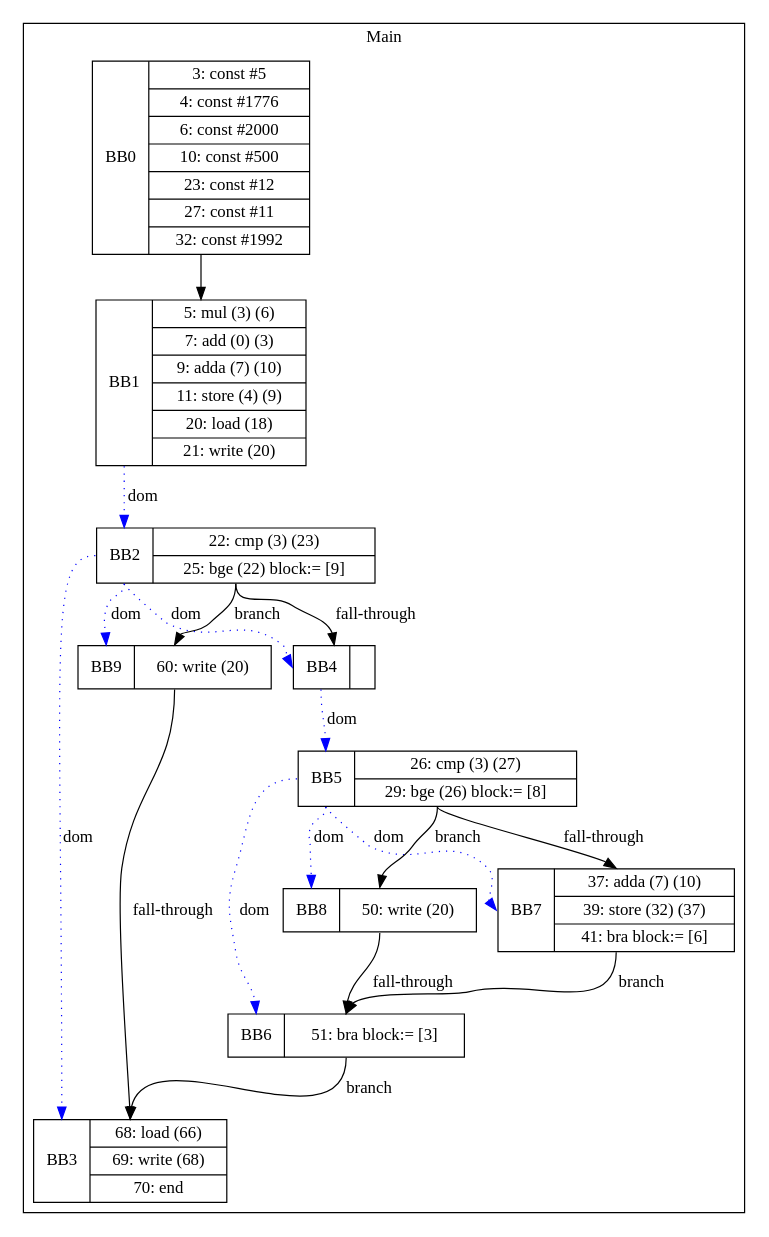
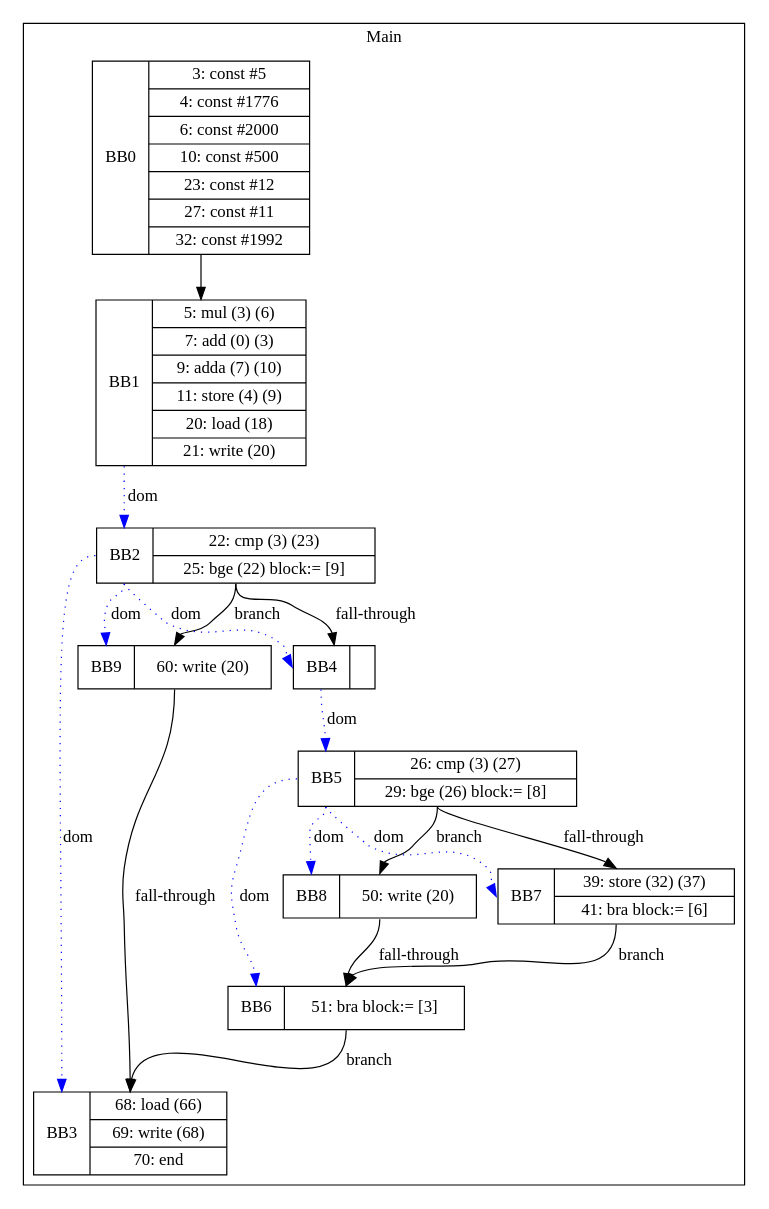
One commit to zjc664656505/UCI-CS241-Advanced-Compiler-main changed the diagram in visualization/jmcgowa/CSE_Tests/IF_IN_IF_ARRAY_WRITE.gv. Above: the diagram before and after it, drawn with Graphviz. The commit also changed 12 other files, not shown here.

```diff
--- a/visualization/jmcgowa/CSE_Tests/IF_IN_IF_ARRAY_WRITE.gv
+++ b/visualization/jmcgowa/CSE_Tests/IF_IN_IF_ARRAY_WRITE.gv
@@ -1,33 +1,33 @@
 digraph G {
 node [shape=record];
 subgraph cluster_main{
 label = "Main";
 BB0 [shape=record, label="<b>BB0|{3: const #5|4: const #1776|6: const #2000|10: const #500|23: const #12|27: const #11|32: const #1992}"];
 BB1 [shape=record, label="<b>BB1|{5: mul (3) (6)|7: add (0) (3)|9: adda (7) (10)|11: store (4) (9)|20: load (18)|21: write (20)}"];
 BB2 [shape=record, label="<b>BB2|{22: cmp (3) (23)|25: bge (22) block:= [9]}"];
 BB3 [shape=record, label="<b>BB3|{68: load (66)|69: write (68)|70: end}"];
 BB4 [shape=record, label="<b>BB4|}"];
 BB5 [shape=record, label="<b>BB5|{26: cmp (3) (27)|29: bge (26) block:= [8]}"];
 BB6 [shape=record, label="<b>BB6|{51: bra block:= [3]}"];
-BB7 [shape=record, label="<b>BB7|{37: adda (7) (10)|39: store (32) (37)|41: bra block:= [6]}"];
+BB7 [shape=record, label="<b>BB7|{39: store (32) (37)|41: bra block:= [6]}"];
 BB8 [shape=record, label="<b>BB8|{50: write (20)}"];
 BB9 [shape=record, label="<b>BB9|{60: write (20)}"];
 }
 BB0:s -> BB1:n ;
 BB2:b -> BB4:b [color=blue, style=dotted, label="dom"];
 BB1:b -> BB2:b [color=blue, style=dotted, label="dom"];
 BB5:b -> BB8:b [color=blue, style=dotted, label="dom"];
 BB5:b -> BB7:b [color=blue, style=dotted, label="dom"];
 BB2:b -> BB3:b [color=blue, style=dotted, label="dom"];
 BB2:b -> BB9:b [color=blue, style=dotted, label="dom"];
 BB4:b -> BB5:b [color=blue, style=dotted, label="dom"];
 BB5:b -> BB6:b [color=blue, style=dotted, label="dom"];
 BB2:s -> BB9:n [label="branch"];
 BB6:s -> BB3:n [label="branch"];
 BB7:s -> BB6:n [label="branch"];
 BB5:s -> BB8:n [label="branch"];
 BB2:s -> BB4:n [label="fall-through"];
 BB5:s -> BB7:n [label="fall-through"];
 BB9:s -> BB3:n [label="fall-through"];
 BB8:s -> BB6:n [label="fall-through"];
 }
```
